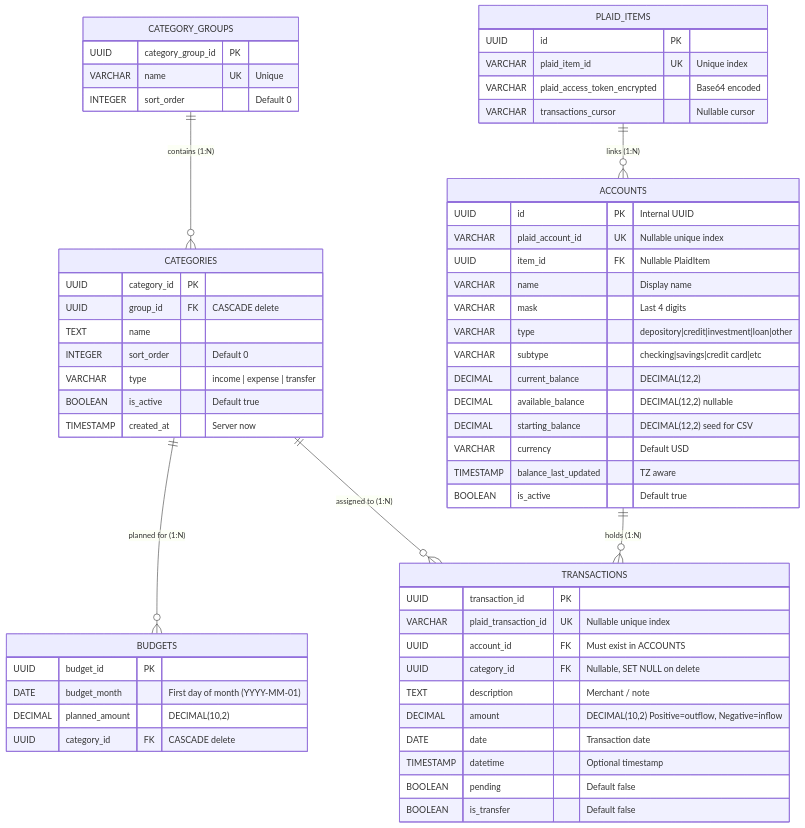
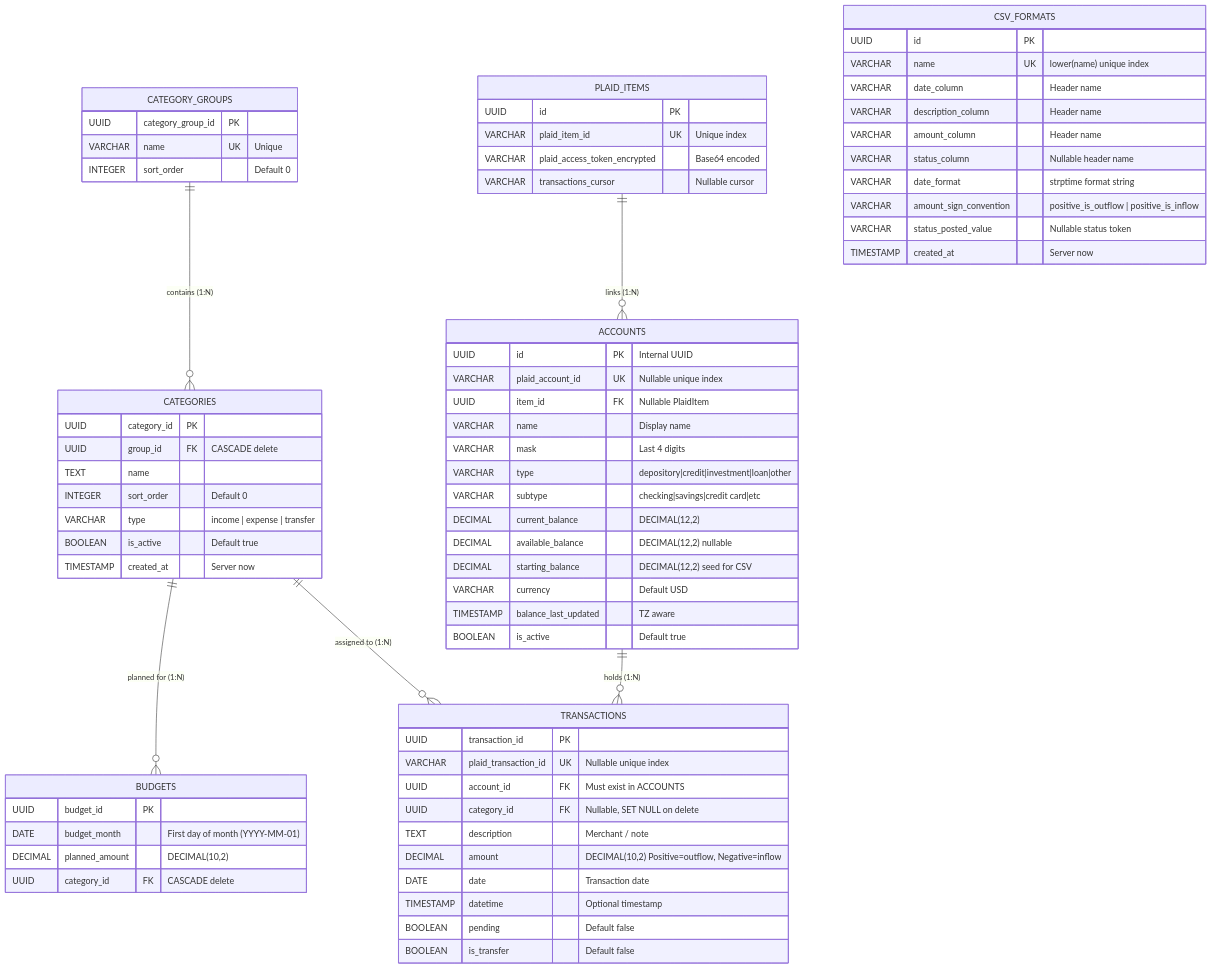
One commit to West04/PersonalBudgetApp changed the diagram in docs/old_architecture/DATA_MODEL.md. Above: the diagram before and after it, drawn with Mermaid. The commit also changed other lines of this file and 11 other files, not shown here.

Commit message:
docs: refresh architecture and csv workflow documentation

````diff
--- a/docs/old_architecture/DATA_MODEL.md
+++ b/docs/old_architecture/DATA_MODEL.md
@@ -9,67 +9,80 @@
 ```mermaid
 erDiagram
     CATEGORY_GROUPS ||--o{ CATEGORIES : "contains (1:N)"
     CATEGORIES ||--o{ BUDGETS : "planned for (1:N)"
     CATEGORIES ||--o{ TRANSACTIONS : "assigned to (1:N)"
     PLAID_ITEMS ||--o{ ACCOUNTS : "links (1:N)"
     ACCOUNTS ||--o{ TRANSACTIONS : "holds (1:N)"
 
     CATEGORY_GROUPS {
         UUID category_group_id PK
         VARCHAR name UK "Unique"
         INTEGER sort_order "Default 0"
     }
 
     CATEGORIES {
         UUID category_id PK
         UUID group_id FK "CASCADE delete"
         TEXT name
         INTEGER sort_order "Default 0"
         VARCHAR type "income | expense | transfer"
         BOOLEAN is_active "Default true"
         TIMESTAMP created_at "Server now"
     }
 
     BUDGETS {
         UUID budget_id PK
         DATE budget_month "First day of month (YYYY-MM-01)"
         DECIMAL planned_amount "DECIMAL(10,2)"
         UUID category_id FK "CASCADE delete"
     }
 
     PLAID_ITEMS {
         UUID id PK
         VARCHAR plaid_item_id UK "Unique index"
         VARCHAR plaid_access_token_encrypted "Base64 encoded"
         VARCHAR transactions_cursor "Nullable cursor"
     }
 
     ACCOUNTS {
         UUID id PK "Internal UUID"
         VARCHAR plaid_account_id UK "Nullable unique index"
         UUID item_id FK "Nullable PlaidItem"
         VARCHAR name "Display name"
         VARCHAR mask "Last 4 digits"
         VARCHAR type "depository|credit|investment|loan|other"
         VARCHAR subtype "checking|savings|credit card|etc"
         DECIMAL current_balance "DECIMAL(12,2)"
         DECIMAL available_balance "DECIMAL(12,2) nullable"
         DECIMAL starting_balance "DECIMAL(12,2) seed for CSV"
         VARCHAR currency "Default USD"
         TIMESTAMP balance_last_updated "TZ aware"
         BOOLEAN is_active "Default true"
     }
 
     TRANSACTIONS {
         UUID transaction_id PK
         VARCHAR plaid_transaction_id UK "Nullable unique index"
         UUID account_id FK "Must exist in ACCOUNTS"
         UUID category_id FK "Nullable, SET NULL on delete"
         TEXT description "Merchant / note"
         DECIMAL amount "DECIMAL(10,2) Positive=outflow, Negative=inflow"
         DATE date "Transaction date"
         TIMESTAMP datetime "Optional timestamp"
         BOOLEAN pending "Default false"
         BOOLEAN is_transfer "Default false"
     }
+
+    CSV_FORMATS {
+        UUID id PK
+        VARCHAR name UK "lower(name) unique index"
+        VARCHAR date_column "Header name"
+        VARCHAR description_column "Header name"
+        VARCHAR amount_column "Header name"
+        VARCHAR status_column "Nullable header name"
+        VARCHAR date_format "strptime format string"
+        VARCHAR amount_sign_convention "positive_is_outflow | positive_is_inflow"
+        VARCHAR status_posted_value "Nullable status token"
+        TIMESTAMP created_at "Server now"
+    }
 ```
````
